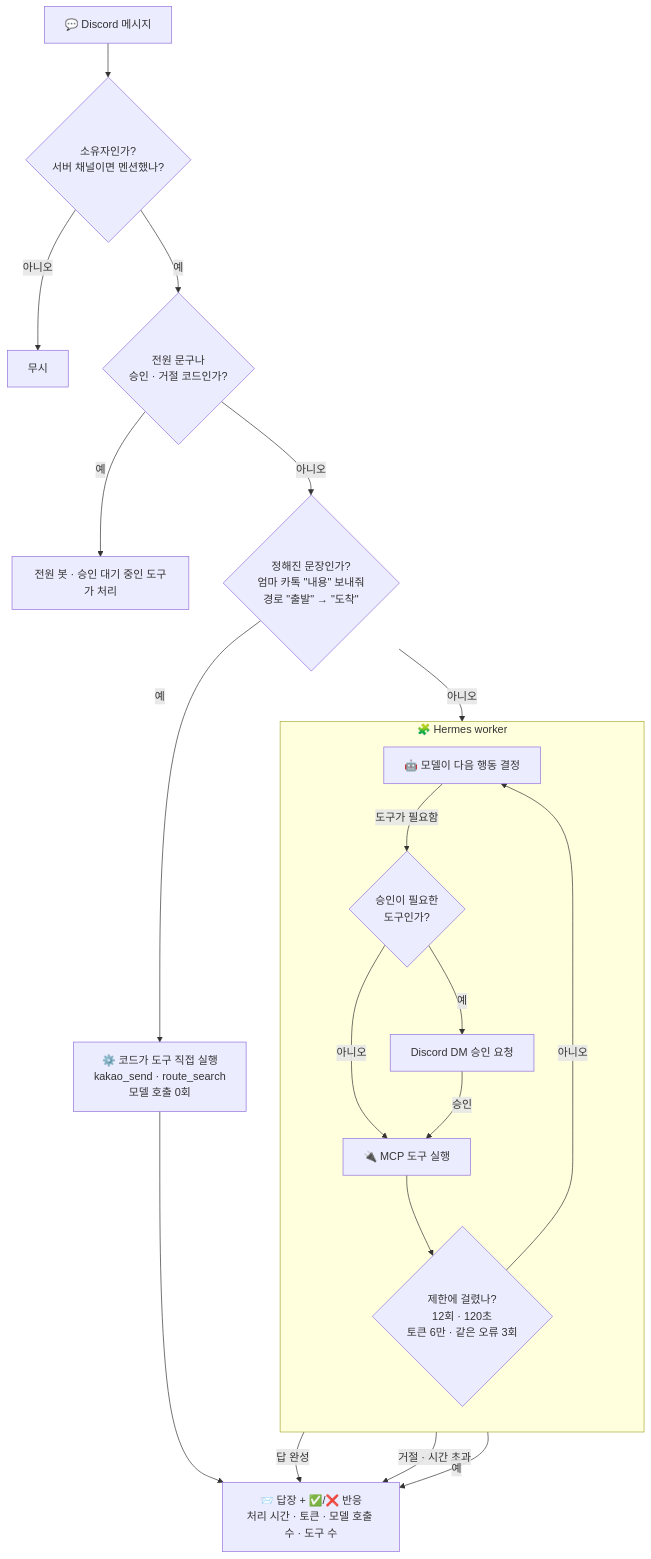
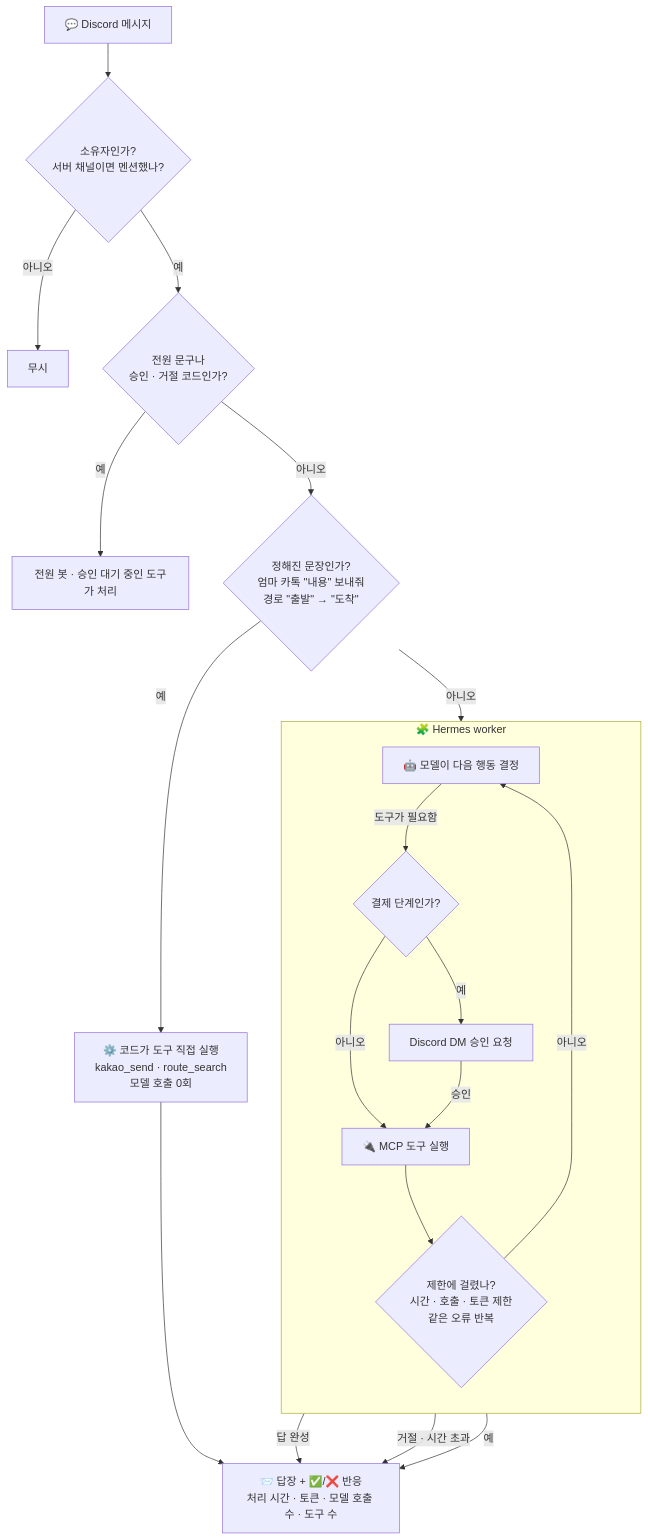
One commit to beans3142/personal-agent changed the first of 2 diagrams in README.md. Above: the diagram before and after it, drawn with Mermaid. The commit also changed other lines of this file and 9 other files, not shown here.

Commit message:
docs: redraw architecture around execution boundaries and visible request flows

````diff
--- a/README.md
+++ b/README.md
@@ -98,26 +64,26 @@
 ```mermaid
 flowchart TD
     msg["💬 Discord 메시지"] --> f1{"소유자인가?<br/>서버 채널이면 멘션했나?"}
     f1 -- 아니오 --> drop["무시"]
     f1 -- 예 --> f2{"전원 문구나<br/>승인 · 거절 코드인가?"}
     f2 -- 예 --> other["전원 봇 · 승인 대기 중인 도구가 처리"]
     f2 -- 아니오 --> f3{"정해진 문장인가?<br/>엄마 카톡 &quot;내용&quot; 보내줘<br/>경로 &quot;출발&quot; → &quot;도착&quot;"}
     f3 -- 예 --> direct["⚙️ 코드가 도구 직접 실행<br/>kakao_send · route_search<br/>모델 호출 0회"]
     f3 -- 아니오 --> think
 
     subgraph loop["🧩 Hermes worker"]
         direction TB
-        think["🤖 모델이 다음 행동 결정"] -- 도구가 필요함 --> gate{"승인이 필요한<br/>도구인가?"}
+        think["🤖 모델이 다음 행동 결정"] -- 도구가 필요함 --> gate{"결제 단계인가?"}
         gate -- 아니오 --> trun["🔌 MCP 도구 실행"]
         gate -- 예 --> ask["Discord DM 승인 요청"]
         ask -- 승인 --> trun
-        trun --> guard{"제한에 걸렸나?<br/>12회 · 120초<br/>토큰 6만 · 같은 오류 3회"}
+        trun --> guard{"제한에 걸렸나?<br/>시간 · 호출 · 토큰 제한<br/>같은 오류 반복"}
         guard -- 아니오 --> think
     end
 
     think -- 답 완성 --> reply
     ask -- 거절 · 시간 초과 --> reply
     guard -- 예 --> reply
     direct --> reply
     reply["📨 답장 + ✅/❌ 반응<br/>처리 시간 · 토큰 · 모델 호출 수 · 도구 수"]
 ```
````
